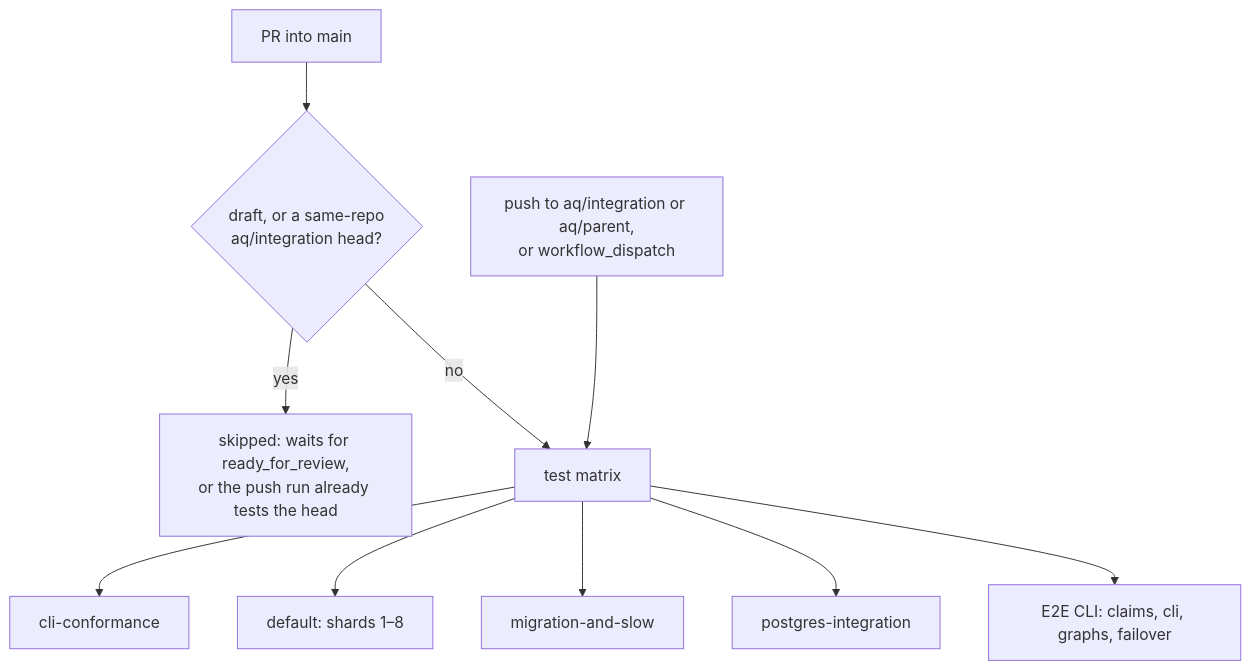
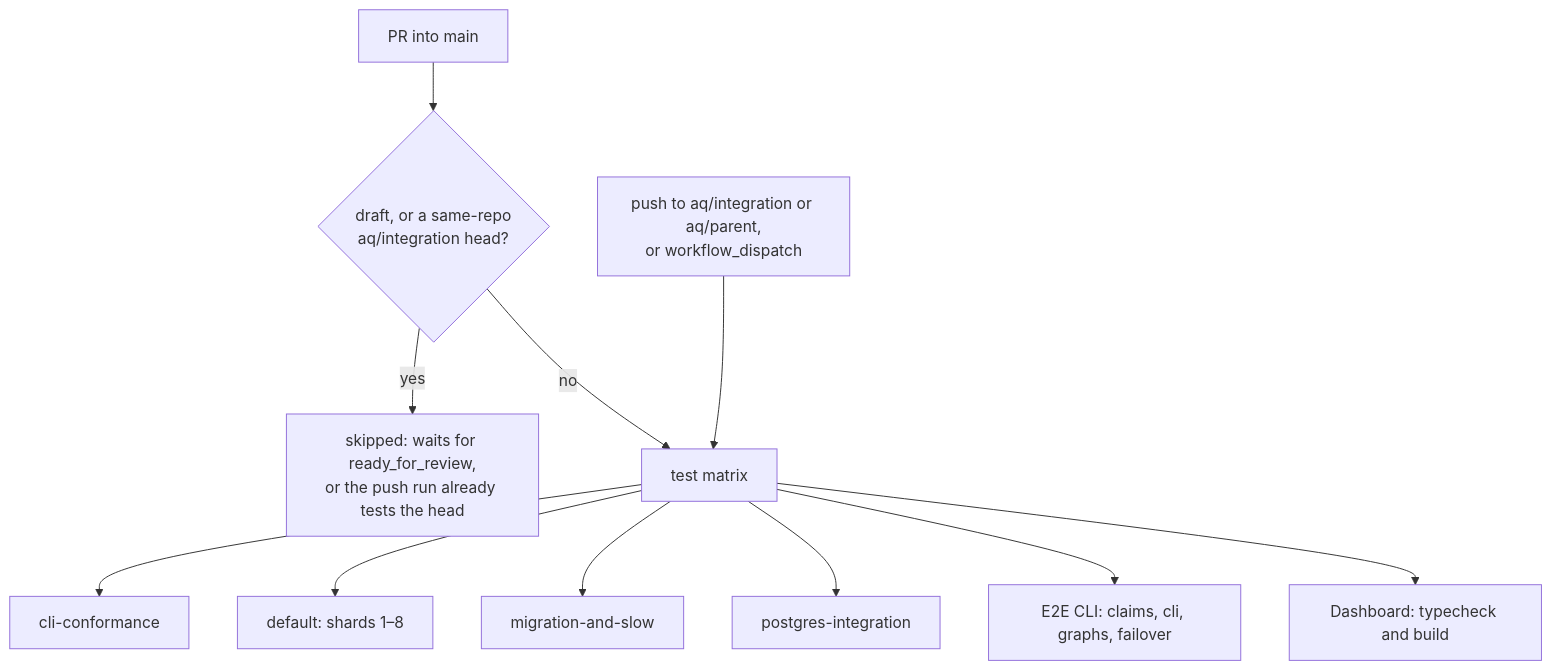
Before and after one commit to ElectricJack/agent-queue: the diagram in docs/contributing/ci.md, drawn with Mermaid. The commit also changed other lines of this file and 7 other files, not shown here.

First line of the commit message:
ci: require dashboard typecheck and build for train candidates

````diff
--- a/docs/contributing/ci.md
+++ b/docs/contributing/ci.md
@@ -56,12 +56,13 @@
 ```mermaid
 flowchart TD
     A[PR into main] --> S{draft, or a same-repo<br/>aq/integration head?}
     S -->|yes| D[skipped: waits for ready_for_review,<br/>or the push run already tests the head]
     S -->|no| C[test matrix]
     B[push to aq/integration or aq/parent,<br/>or workflow_dispatch] --> C
     C --> E[cli-conformance]
     C --> F[default: shards 1–8]
     C --> G[migration-and-slow]
     C --> H[postgres-integration]
     C --> I[E2E CLI: claims, cli, graphs, failover]
+    C --> J[Dashboard: typecheck and build]
 ```
````
